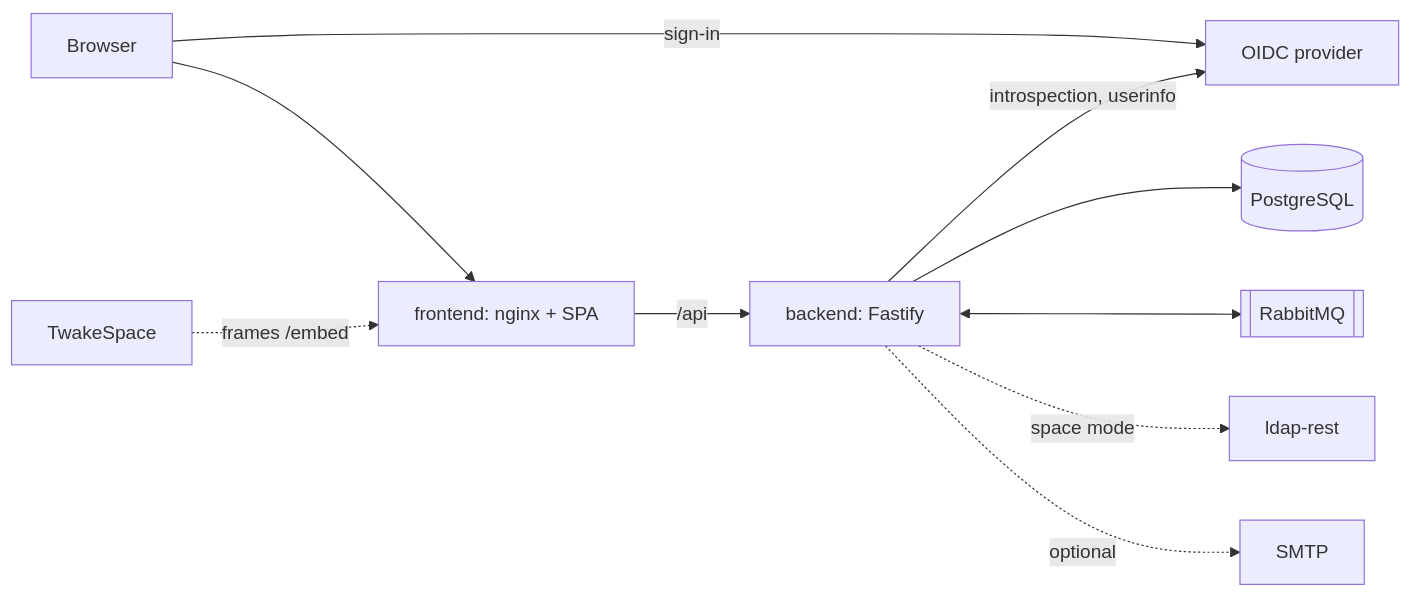
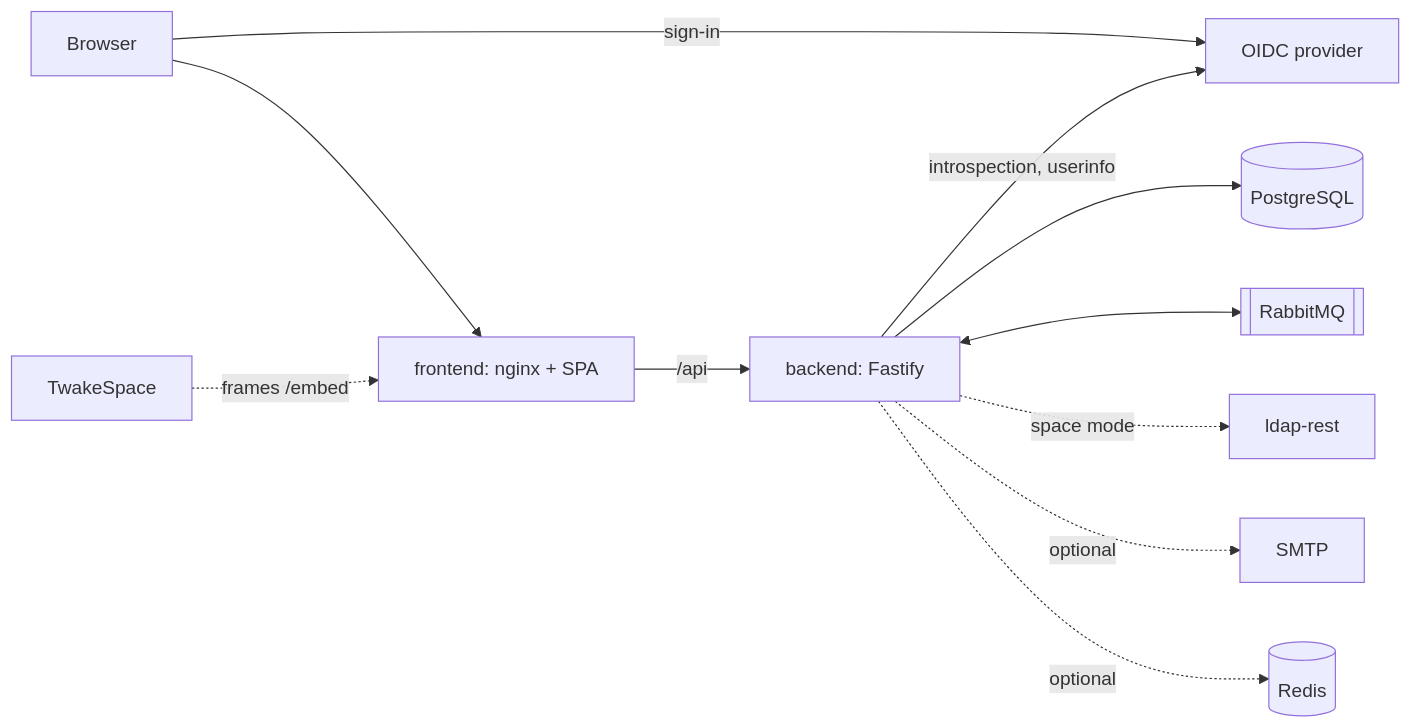
Before and after one commit to linagora/twake-tasks: the diagram in docs/architecture.md, drawn with Mermaid. The commit also changed other lines of this file and 6 other files, not shown here.

````diff
--- a/docs/architecture.md
+++ b/docs/architecture.md
@@ -5,12 +5,13 @@
 ```mermaid
 flowchart LR
   browser[Browser] --> frontend[frontend: nginx + SPA]
   frontend -->|/api| backend[backend: Fastify]
   browser -->|sign-in| sso[OIDC provider]
   backend -->|introspection, userinfo| sso
   backend --> postgres[(PostgreSQL)]
   backend <--> rabbitmq[[RabbitMQ]]
   backend -. space mode .-> ldaprest[ldap-rest]
   backend -. optional .-> smtp[SMTP]
+  backend -. optional .-> redis[(Redis)]
   twakespace[TwakeSpace] -. frames /embed .-> frontend
 ```
````
